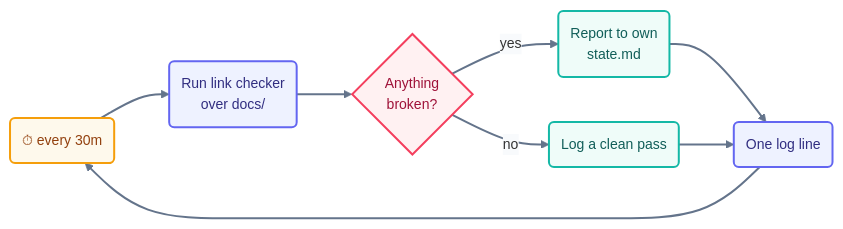
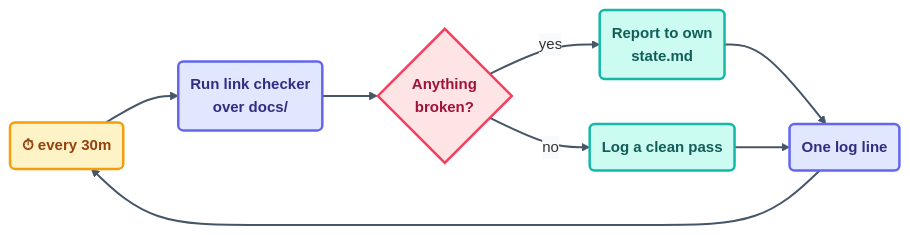
Before and after one commit to ayeshakhalid192007-dev/LoopEngineering-CrashCourse: the diagram in loops/day1/link-check/loop.md, drawn with Mermaid. The commit also changed 66 other files, not shown here.

First line of the commit message:
docs(diagrams): visibly bolder pass — deeper fills, heavier strokes, semibold labels

````diff
--- a/loops/day1/link-check/loop.md
+++ b/loops/day1/link-check/loop.md
@@ -33,15 +33,15 @@
 ```mermaid
-%%{init: {'theme':'base','themeVariables':{'fontFamily':'ui-sans-serif, system-ui, sans-serif','fontSize':'14px','lineColor':'#64748b','edgeLabelBackground':'#f8fafc'},'flowchart':{'curve':'basis','nodeSpacing':45,'rankSpacing':55,'padding':12}}}%%
+%%{init: {'theme':'base','themeVariables':{'fontFamily':'ui-sans-serif, system-ui, sans-serif','fontSize':'15px','lineColor':'#475569','edgeLabelBackground':'#f8fafc'},'flowchart':{'curve':'basis','nodeSpacing':45,'rankSpacing':55,'padding':12}}}%%
 flowchart LR
     T("⏱ every 30m"):::time --> SCAN("Run link checker<br/>over docs/"):::beat
     SCAN --> Q{"Anything<br/>broken?"}:::limit
     Q -->|yes| REP("Report to own<br/>state.md"):::check
     Q -->|no| CLEAN("Log a clean pass"):::check
     REP --> LOG("One log line"):::beat --> T
     CLEAN --> LOG
-    linkStyle default stroke:#64748b,stroke-width:2px;
-    classDef time fill:#fef9ec,stroke:#f59e0b,stroke-width:2px,color:#92400e;
-    classDef beat fill:#eef2ff,stroke:#6366f1,stroke-width:2px,color:#312e81;
-    classDef limit fill:#fff1f2,stroke:#f43f5e,stroke-width:2px,color:#9f1239;
-    classDef check fill:#effcf9,stroke:#14b8a6,stroke-width:2px,color:#115e59;
+    linkStyle default stroke:#475569,stroke-width:2px;
+    classDef time fill:#fef3c7,stroke:#f59e0b,stroke-width:2.5px,color:#92400e,font-weight:600;
+    classDef beat fill:#e0e7ff,stroke:#6366f1,stroke-width:2.5px,color:#312e81,font-weight:600;
+    classDef limit fill:#ffe4e6,stroke:#f43f5e,stroke-width:2.5px,color:#9f1239,font-weight:600;
+    classDef check fill:#ccfbf1,stroke:#14b8a6,stroke-width:2.5px,color:#115e59,font-weight:600;
 ```
````
